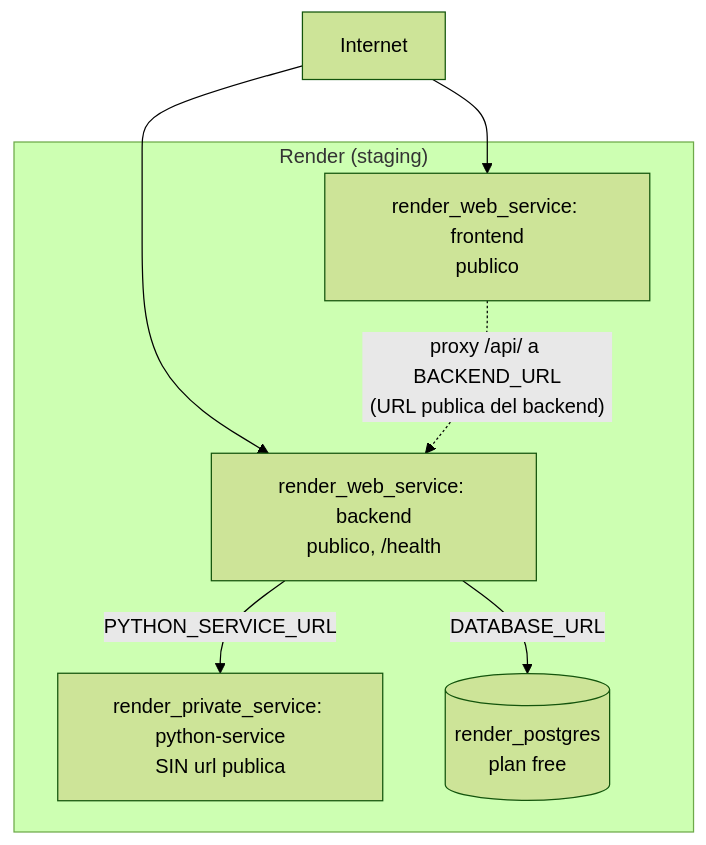
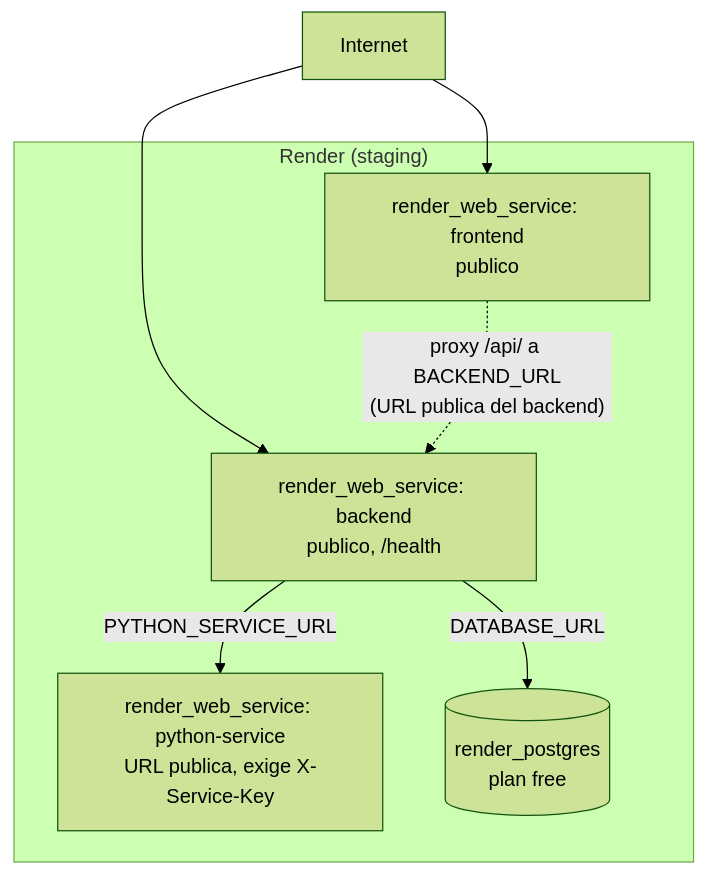
The fourth of 4 diagrams in docs/architecture.md (JanHH16/MenuSmart), drawn with Mermaid (forest theme) before and after one commit. The commit also changed 24 other files, not shown here.

````diff
--- a/docs/architecture.md
+++ b/docs/architecture.md
@@ -96,15 +96,15 @@
 ```mermaid
 flowchart TB
     subgraph Render["Render (staging)"]
         FrontendSvc["render_web_service: frontend<br/>publico"]
         BackendSvc["render_web_service: backend<br/>publico, /health"]
-        PythonSvc["render_private_service: python-service<br/>SIN url publica"]
+        PythonSvc["render_web_service: python-service<br/>URL publica, exige X-Service-Key"]
         PostgresSvc[("render_postgres<br/>plan free")]
     end
 
     Internet["Internet"] --> FrontendSvc
     Internet --> BackendSvc
     FrontendSvc -.->|"proxy /api/ a BACKEND_URL<br/>(URL publica del backend)"| BackendSvc
     BackendSvc -->|"DATABASE_URL"| PostgresSvc
     BackendSvc -->|"PYTHON_SERVICE_URL"| PythonSvc
 ```
````
